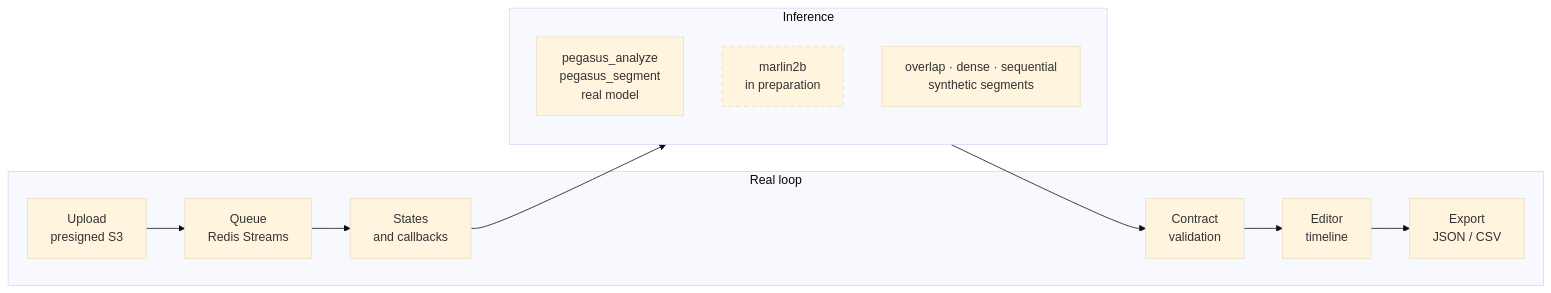
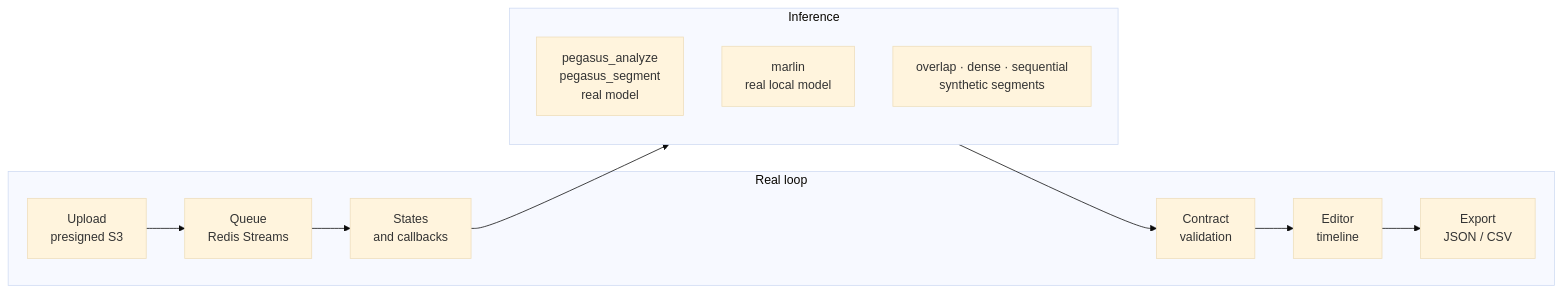
One commit to sadjava/boundr changed the fifth of 6 diagrams in docs/diagrams.md. Above: the diagram before and after it, drawn with Mermaid (base theme). The commit also changed other lines of this file and 7 other files, not shown here.

````diff
--- a/docs/diagrams.md
+++ b/docs/diagrams.md
@@ -135,17 +134,16 @@
 ```mermaid
 flowchart LR
     subgraph GREEN["Real loop"]
         A["Upload<br/>presigned S3"] --> B["Queue<br/>Redis Streams"]
         B --> C["States<br/>and callbacks"]
         E["Contract<br/>validation"] --> F["Editor<br/>timeline"]
         F --> G["Export<br/>JSON / CSV"]
     end
     subgraph INF["Inference"]
         D1["pegasus_analyze<br/>pegasus_segment<br/>real model"]
-        D2["marlin2b<br/>in preparation"]
+        D2["marlin<br/>real local model"]
         D3["overlap · dense · sequential<br/>synthetic segments"]
     end
     C --> INF --> E
 
-    style D2 stroke-dasharray: 5 5
 ```
````
